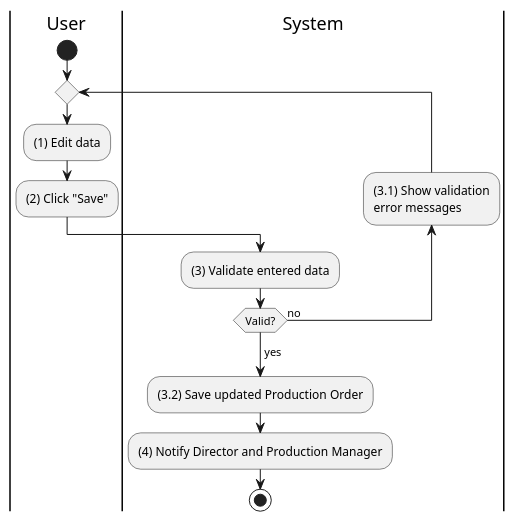
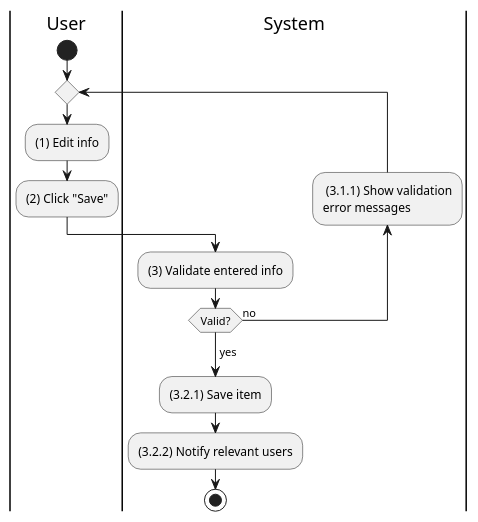
The diagram in activities/production-order-update.plantuml (phihungha/scmss-reqs), drawn with PlantUML before and after one commit. The commit also changed 19 other files, not shown here.

```diff
--- a/activities/production-order-update.plantuml
+++ b/activities/production-order-update.plantuml
@@ -1,20 +1,19 @@
 @startuml production-order-update
 |u|User
 |s|System
 
 |u|
 start
 repeat
-    :(1) Edit data;
+    :(1) Edit info;
     :(2) Click "Save";
 
     |s|
-    :(3) Validate entered data;
-    backward:(3.1) Show validation
-    error messages;
+    :(3) Validate entered info;
+    backward: (3.1.1) Show validation\nerror messages;
 repeat while (Valid?) is (no)
 ->yes;
-:(3.2) Save updated Production Order;
-:(4) Notify Director and Production Manager;
+:(3.2.1) Save item;
+:(3.2.2) Notify relevant users;
 stop
 @enduml
```
